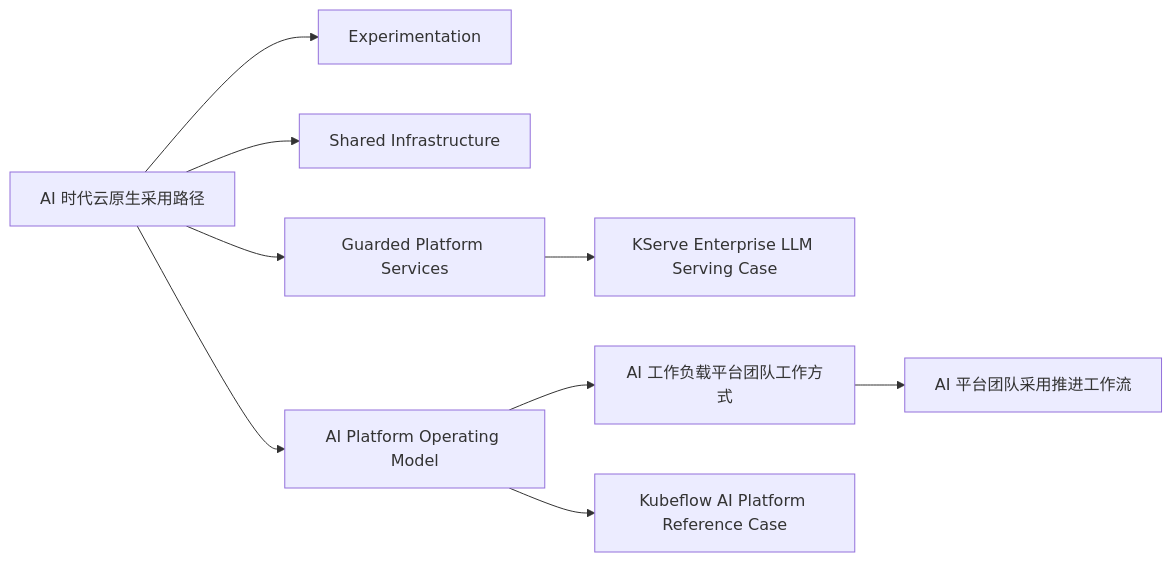
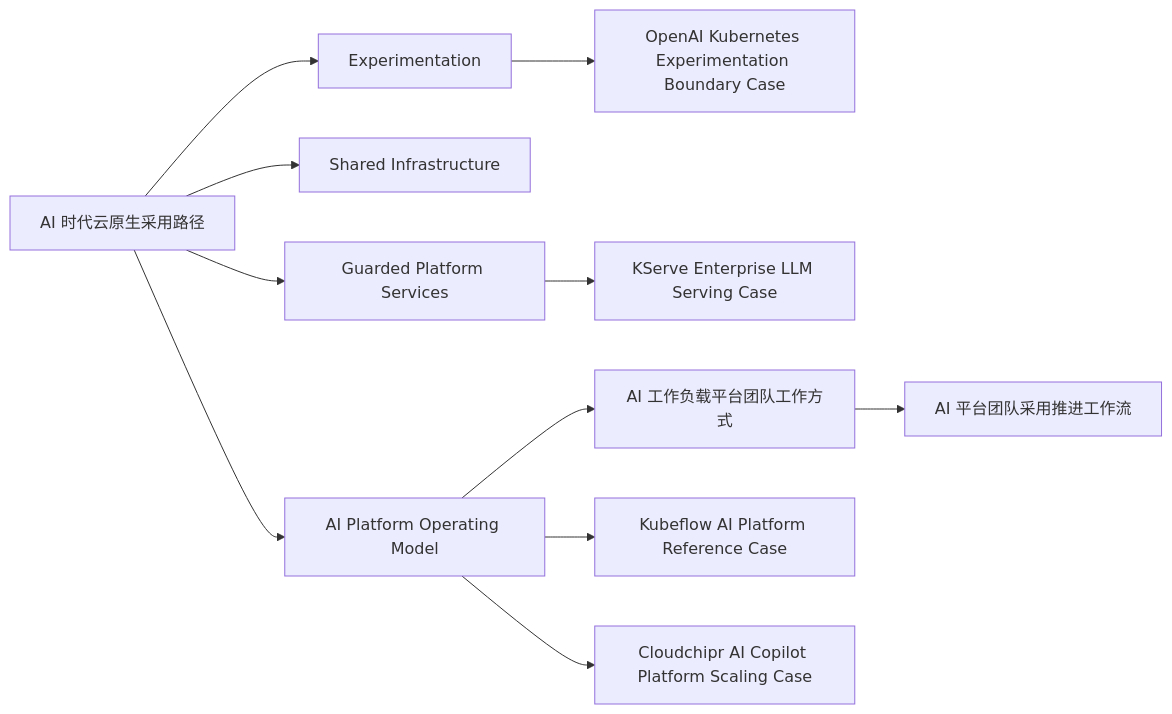
One commit to superliyang/tony-2026 changed the diagram in 01-Areas/Cloud-Native/04-Maps/AI 时代云原生采用图.md. Above: the diagram before and after it, drawn with Mermaid. The commit also changed other lines of this file and 6 other files, not shown here.

````diff
--- a/01-Areas/Cloud-Native/04-Maps/AI 时代云原生采用图.md
+++ b/01-Areas/Cloud-Native/04-Maps/AI 时代云原生采用图.md
@@ -15,11 +15,13 @@
 ```mermaid
 flowchart LR
     A["AI 时代云原生采用路径"] --> B["Experimentation"]
     A --> C["Shared Infrastructure"]
     A --> D["Guarded Platform Services"]
     A --> E["AI Platform Operating Model"]
     E --> F["AI 工作负载平台团队工作方式"]
     F --> G["AI 平台团队采用推进工作流"]
     D --> H["KServe Enterprise LLM Serving Case"]
     E --> I["Kubeflow AI Platform Reference Case"]
+    B --> J["OpenAI Kubernetes Experimentation Boundary Case"]
+    E --> K["Cloudchipr AI Copilot Platform Scaling Case"]
 ```
````
